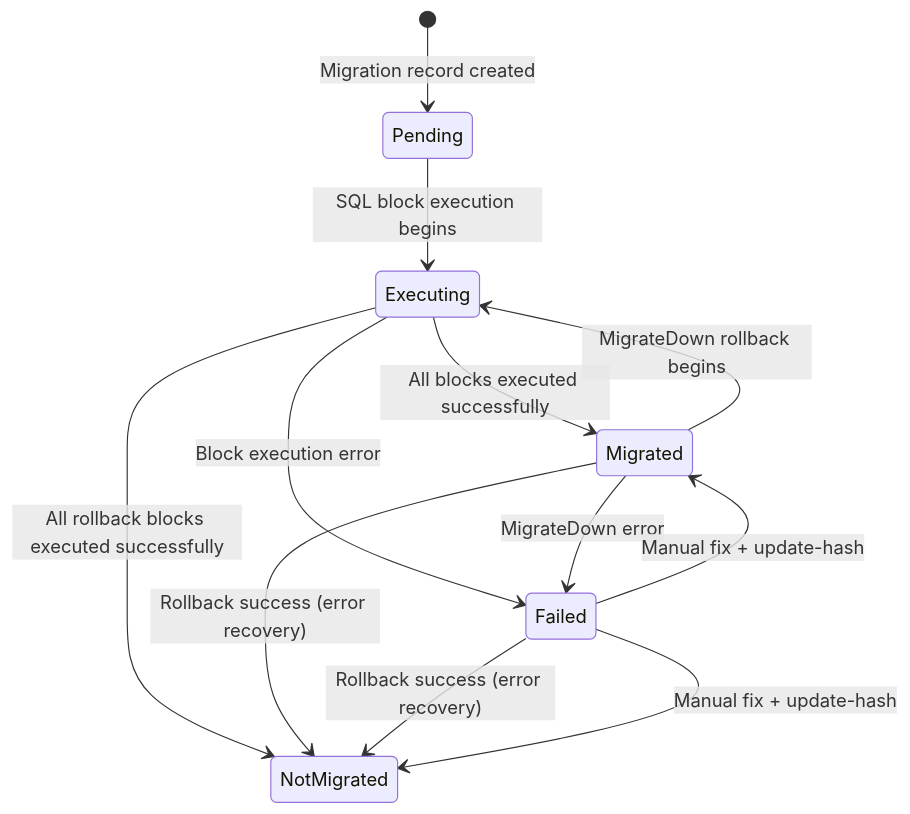
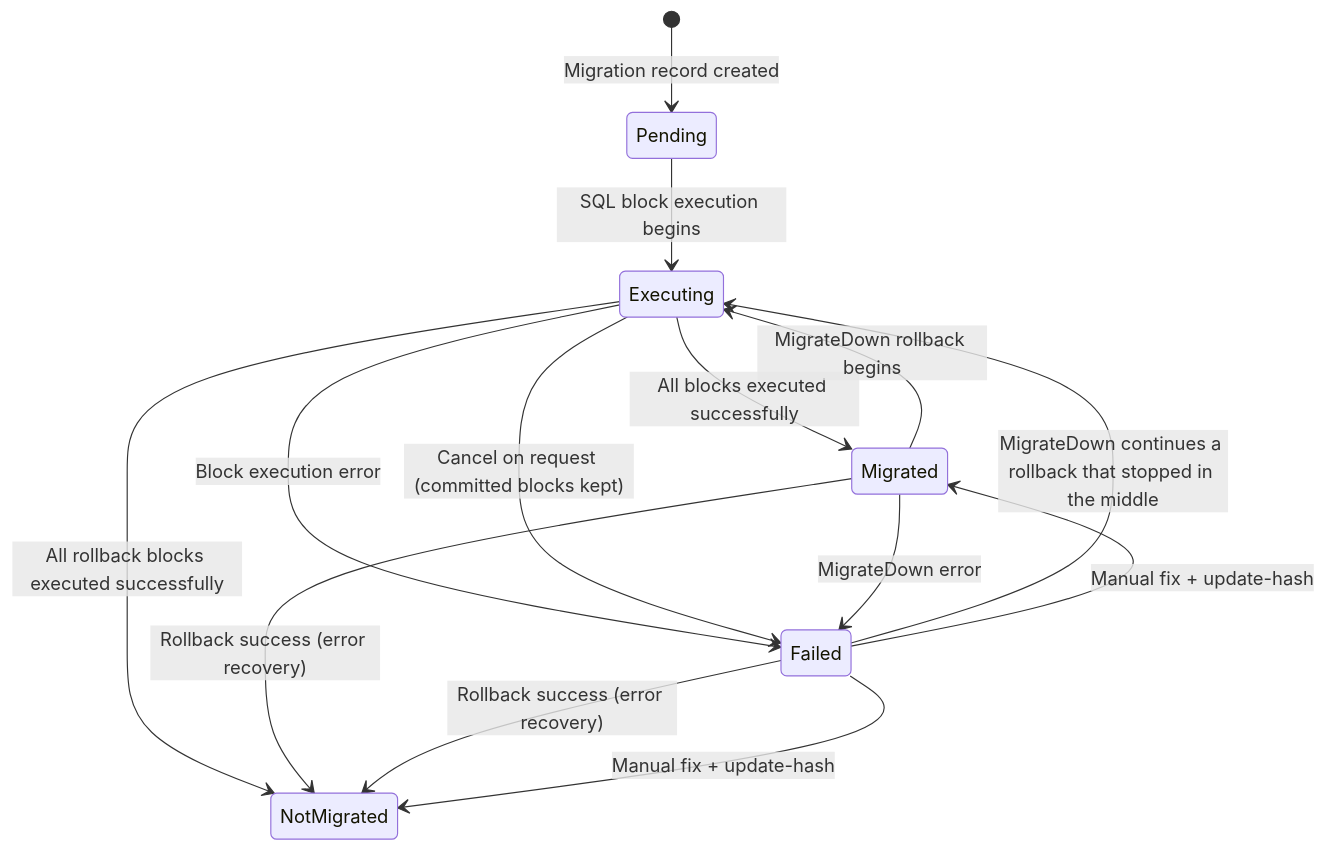
Before and after one commit to RAYCOON/RayMigrator: the first of 6 diagrams in Docs/02-core-concepts/migration-state-machine.md, drawn with Mermaid. The commit also changed other lines of this file and 136 other files, not shown here.

````diff
--- a/Docs/02-core-concepts/migration-state-machine.md
+++ b/Docs/02-core-concepts/migration-state-machine.md
@@ -14,18 +14,20 @@
 ```mermaid
 stateDiagram-v2
     [*] --> Pending: Migration record created
 
     Pending --> Executing: SQL block execution begins
     Executing --> Migrated: All blocks executed successfully
     Executing --> Failed: Block execution error
+    Executing --> Failed: Cancel on request (committed blocks kept)
 
     Migrated --> Executing: MigrateDown rollback begins
     Executing --> NotMigrated: All rollback blocks executed successfully
     Migrated --> Failed: MigrateDown error
+    Failed --> Executing: MigrateDown continues a rollback that stopped in the middle
 
     Migrated --> NotMigrated: Rollback success (error recovery)
 
     Failed --> NotMigrated: Rollback success (error recovery)
     Failed --> NotMigrated: Manual fix + update-hash
     Failed --> Migrated: Manual fix + update-hash
 ```
````
